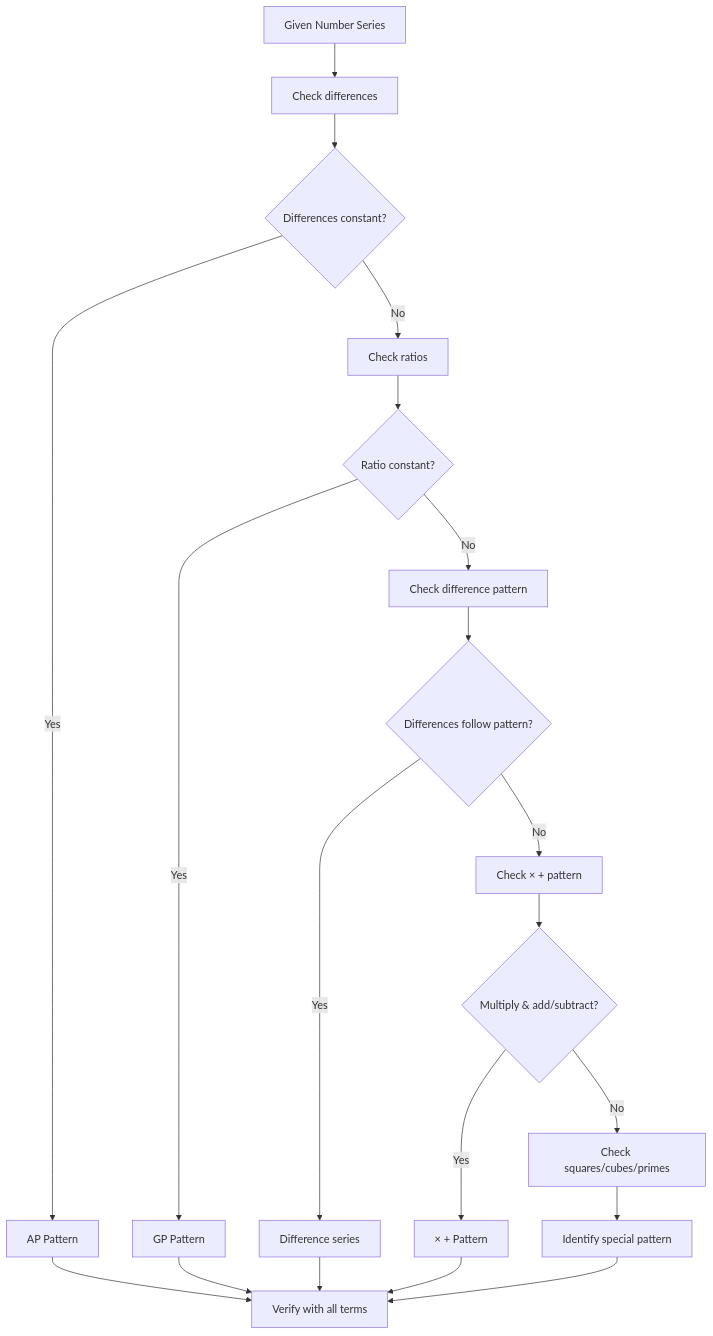
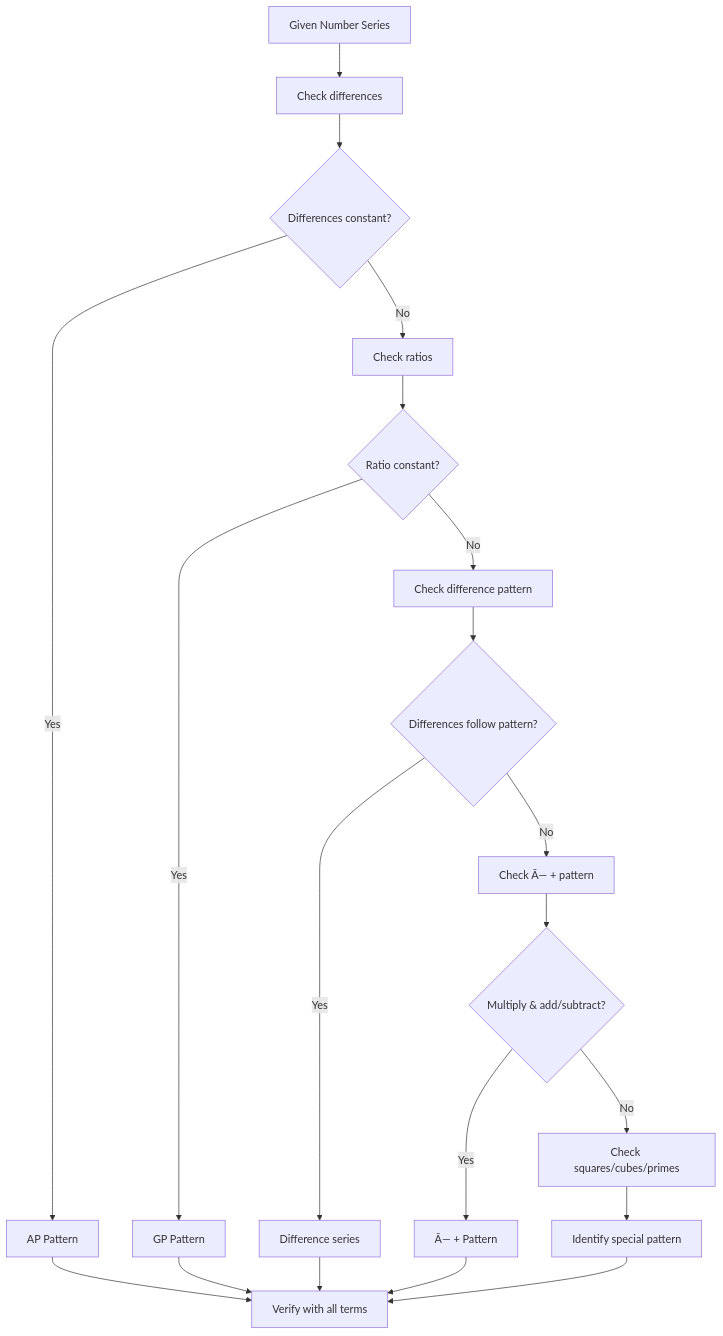
Before and after one commit to Raushan666java/ai-engineering-journey: the first of 6 diagrams in docs/courses/quantitative-aptitude/04-number-series.md, drawn with Mermaid. The commit also changed other lines of this file and 735 other files, not shown here.

````diff
--- a/docs/courses/quantitative-aptitude/04-number-series.md
+++ b/docs/courses/quantitative-aptitude/04-number-series.md
@@ -137,22 +137,22 @@
 ```mermaid
 flowchart TD
     A["Given Number Series"] --> B["Check differences"]
     B --> C{"Differences constant?"}
     C -->|"Yes"| D["AP Pattern"]
     C -->|"No"| E["Check ratios"]
     E --> F{"Ratio constant?"}
     F -->|"Yes"| G["GP Pattern"]
     F -->|"No"| H["Check difference pattern"]
     H --> I{"Differences follow pattern?"}
     I -->|"Yes"| J["Difference series"]
-    I -->|"No"| K["Check × + pattern"]
+    I -->|"No"| K["Check Ã— + pattern"]
     K --> L{"Multiply & add/subtract?"}
-    L -->|"Yes"| M["× + Pattern"]
+    L -->|"Yes"| M["Ã— + Pattern"]
     L -->|"No"| N["Check squares/cubes/primes"]
     N --> O["Identify special pattern"]
     O --> P["Verify with all terms"]
     D --> P
     G --> P
     J --> P
     M --> P
 ```
````
